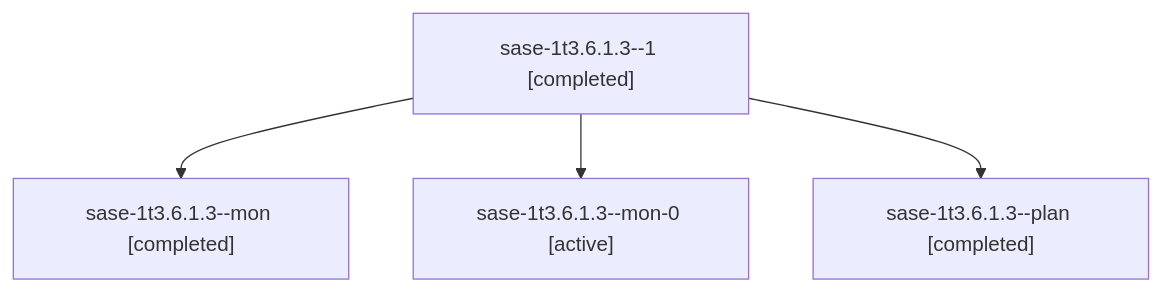
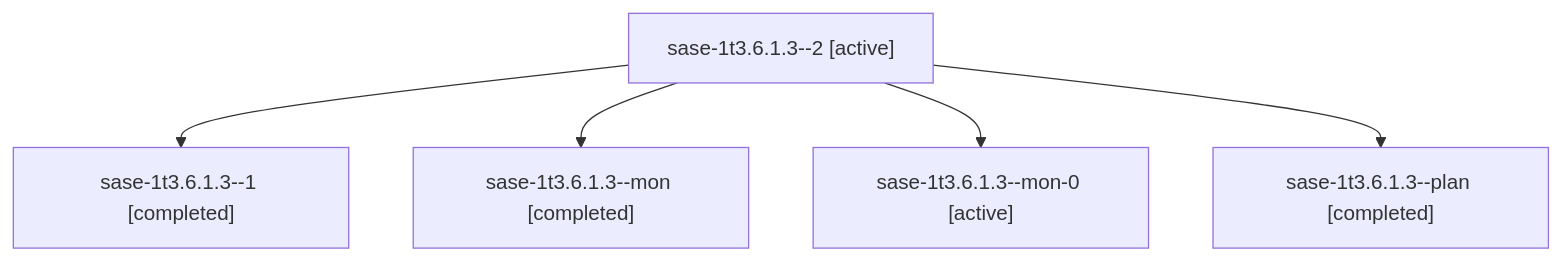
Before and after one commit to sase-org/sase--agents: the diagram in sessions/bbugyi200.athena.sase-1t3.6.1.3.md, drawn with Mermaid. The commit also changed other lines of this file and 81 other files, not shown here.

````diff
--- a/sessions/bbugyi200.athena.sase-1t3.6.1.3.md
+++ b/sessions/bbugyi200.athena.sase-1t3.6.1.3.md
@@ -9,10 +9,12 @@
 ```mermaid
 flowchart TD
-  n0["sase-1t3.6.1.3--1 [completed]"]
-  n1["sase-1t3.6.1.3--mon [completed]"]
+  n0["sase-1t3.6.1.3--2 [active]"]
+  n1["sase-1t3.6.1.3--1 [completed]"]
   n0 --> n1
-  n2["sase-1t3.6.1.3--mon-0 [active]"]
+  n2["sase-1t3.6.1.3--mon [completed]"]
   n0 --> n2
-  n3["sase-1t3.6.1.3--plan [completed]"]
+  n3["sase-1t3.6.1.3--mon-0 [active]"]
   n0 --> n3
+  n4["sase-1t3.6.1.3--plan [completed]"]
+  n0 --> n4
 ```
````
